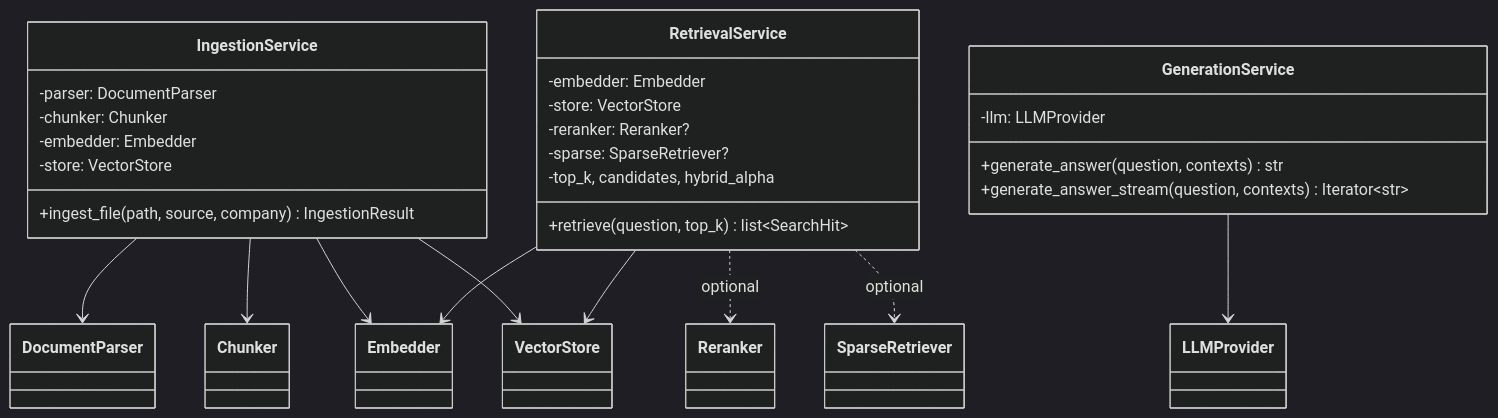
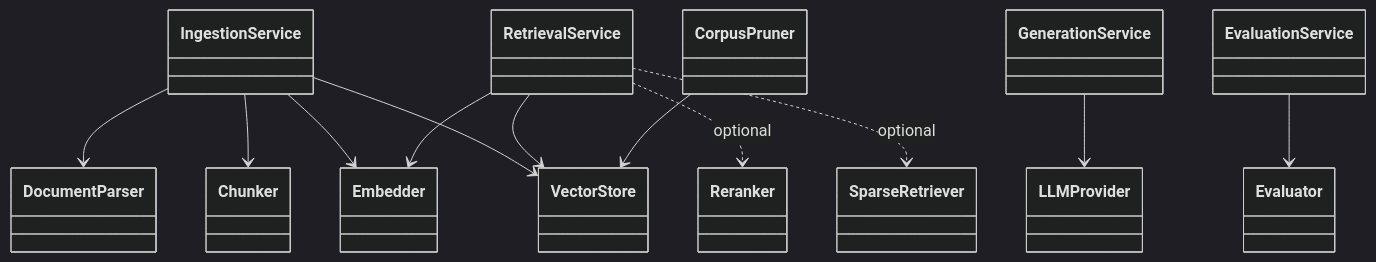
One commit to RajatRajSharma/finQueryBackend changed the second of 7 diagrams in README.md. Above: the diagram before and after it, drawn with Mermaid (dark theme). The commit also changed other lines of this file and 33 other files, not shown here.

````diff
--- a/README.md
+++ b/README.md
@@ -290,32 +198,20 @@
 ```mermaid
 classDiagram
-    class IngestionService {
-        -parser: DocumentParser
-        -chunker: Chunker
-        -embedder: Embedder
-        -store: VectorStore
-        +ingest_file(path, source, company) IngestionResult
-    }
-    class RetrievalService {
-        -embedder: Embedder
-        -store: VectorStore
-        -reranker: Reranker?
-        -sparse: SparseRetriever?
-        -top_k, candidates, hybrid_alpha
-        +retrieve(question, top_k) list~SearchHit~
-    }
-    class GenerationService {
-        -llm: LLMProvider
-        +generate_answer(question, contexts) str
-        +generate_answer_stream(question, contexts) Iterator~str~
-    }
+    class IngestionService
+    class RetrievalService
+    class GenerationService
+    class EvaluationService
+    class CorpusPruner
+
     IngestionService --> DocumentParser
     IngestionService --> Chunker
     IngestionService --> Embedder
     IngestionService --> VectorStore
     RetrievalService --> Embedder
     RetrievalService --> VectorStore
     RetrievalService ..> Reranker : optional
     RetrievalService ..> SparseRetriever : optional
     GenerationService --> LLMProvider
+    EvaluationService --> Evaluator
+    CorpusPruner --> VectorStore
 ```
````
